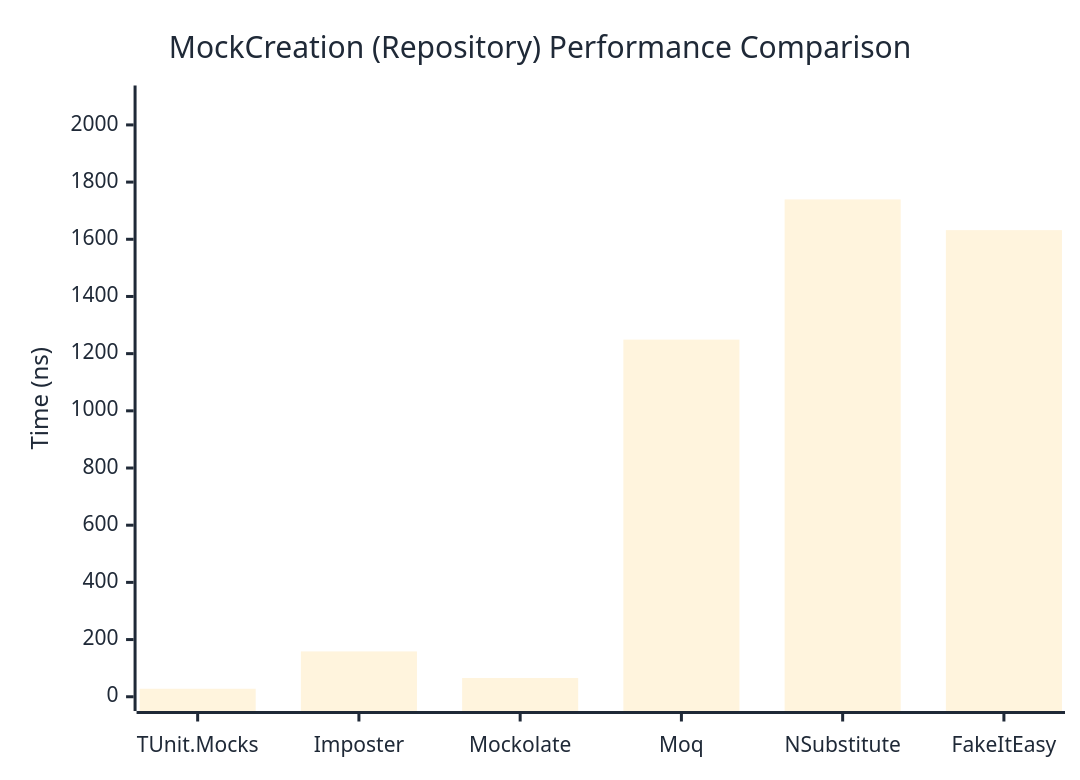
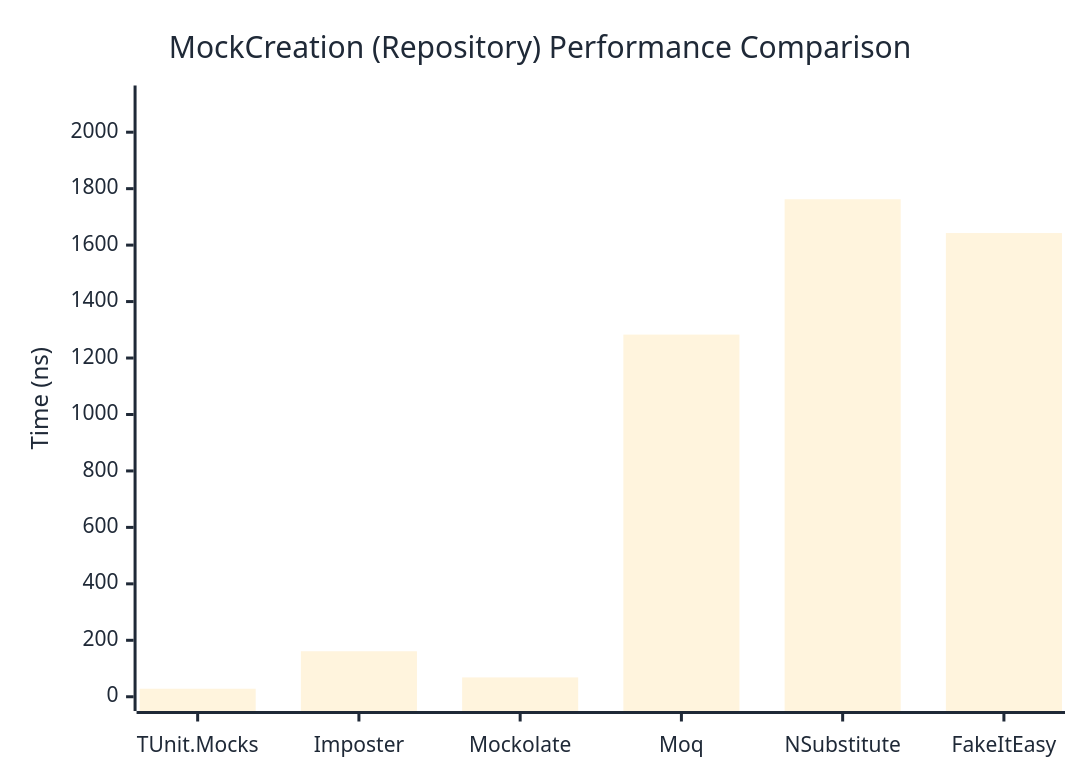
One commit to thomhurst/TUnit changed the second of 2 diagrams in docs/docs/benchmarks/mocks/MockCreation.md. Above: the diagram before and after it, drawn with Mermaid. The commit also changed other lines of this file and 14 other files, not shown here.

````diff
--- a/docs/docs/benchmarks/mocks/MockCreation.md
+++ b/docs/docs/benchmarks/mocks/MockCreation.md
@@ -69,27 +69,27 @@
 ```mermaid
 %%{init: {
   'theme':'base',
   'themeVariables': {
     'primaryColor': '#2563eb',
     'primaryTextColor': '#1f2937',
     'primaryBorderColor': '#1e40af',
     'lineColor': '#6b7280',
     'secondaryColor': '#7c3aed',
     'tertiaryColor': '#dc2626',
     'background': '#ffffff',
     'pie1': '#2563eb',
     'pie2': '#7c3aed',
     'pie3': '#dc2626',
     'pie4': '#f59e0b',
     'pie5': '#10b981',
     'pie6': '#06b6d4',
     'pie7': '#ec4899',
     'pie8': '#6366f1'
   }
 }}%%
 xychart-beta
   title "MockCreation (Repository) Performance Comparison"
   x-axis ["TUnit.Mocks", "Imposter", "Mockolate", "Moq", "NSubstitute", "FakeItEasy"]
-  y-axis "Time (ns)" 0 --> 2088
-  bar [27.98, 158.55, 65.58, 1249.02, 1739.42, 1631.99]
+  y-axis "Time (ns)" 0 --> 2115
+  bar [28.43, 161.19, 68.49, 1283, 1762.48, 1642.78]
 ```
````
